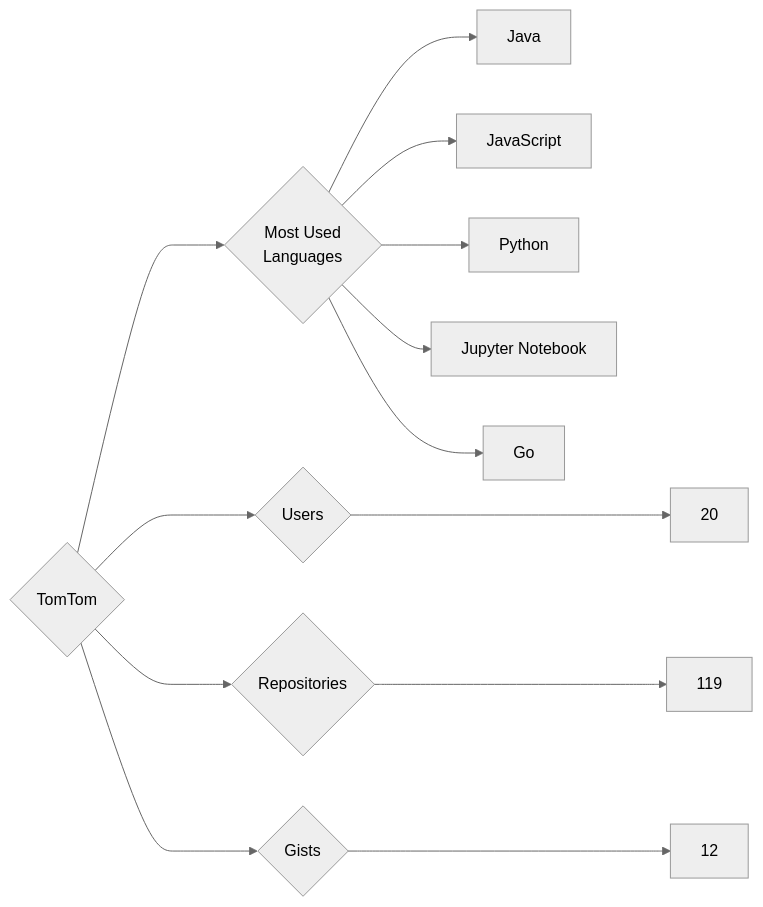
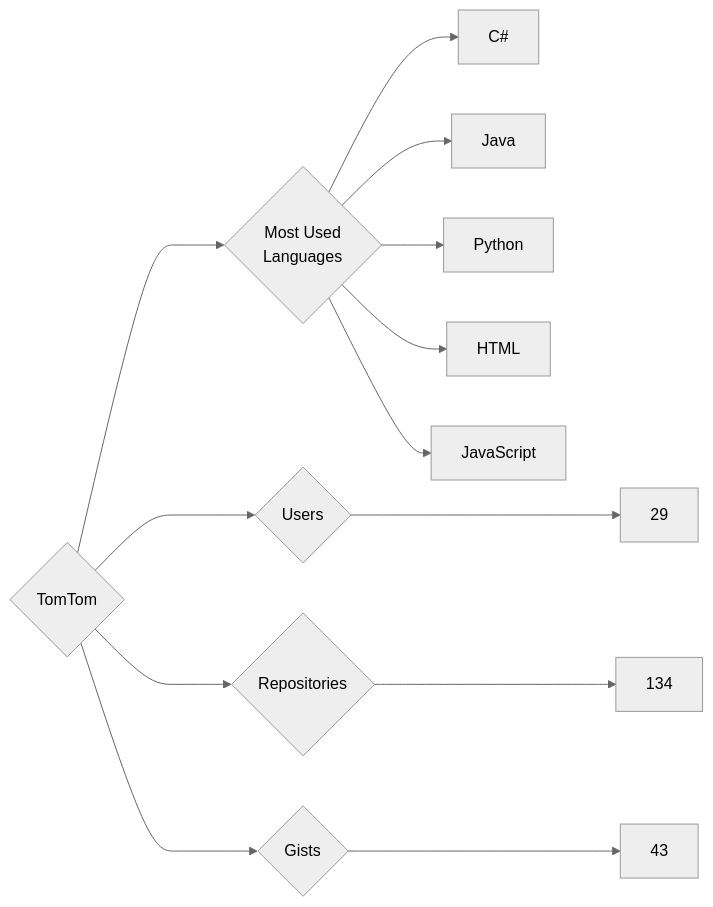
The diagram in targets/TomTom/README.md (trickest/insiders), drawn with Mermaid (neutral theme) before and after one commit. The commit also changed 969 other files, not shown here.

````diff
--- a/targets/TomTom/README.md
+++ b/targets/TomTom/README.md
@@ -3,13 +3,13 @@
 ```mermaid
 graph LR
 COMPANY_NAME{TomTom}
-COMPANY_NAME ---> U{Users} ---> UN[20]
-COMPANY_NAME ---> R{Repositories} ---> RN[119]
-COMPANY_NAME ---> G{Gists} ---> GN[12]
+COMPANY_NAME ---> U{Users} ---> UN[29]
+COMPANY_NAME ---> R{Repositories} ---> RN[134]
+COMPANY_NAME ---> G{Gists} ---> GN[43]
 COMPANY_NAME ---> ML{Most Used<br>Languages}
+ML --> C#[C#]
 ML --> Java[Java]
+ML --> Python[Python]
+ML --> HTML[HTML]
 ML --> JavaScript[JavaScript]
-ML --> Python[Python]
-ML --> Jupyter_Notebook[Jupyter Notebook]
-ML --> Go[Go]
 ```
````
